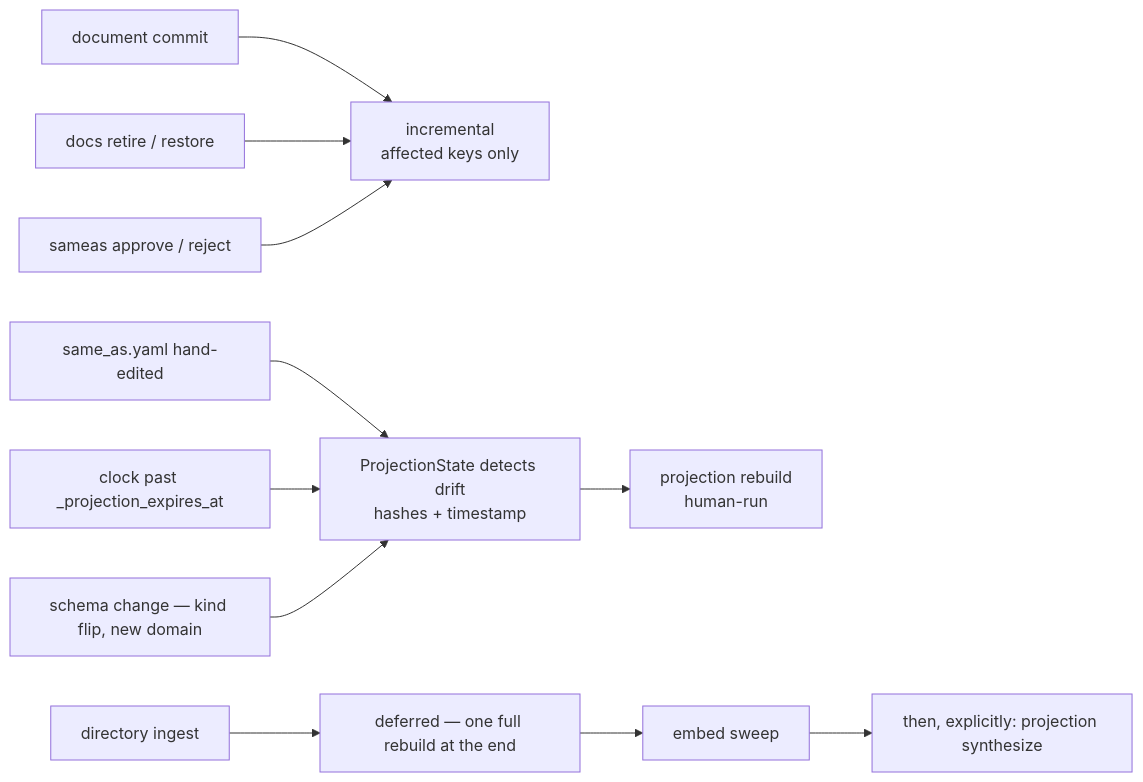
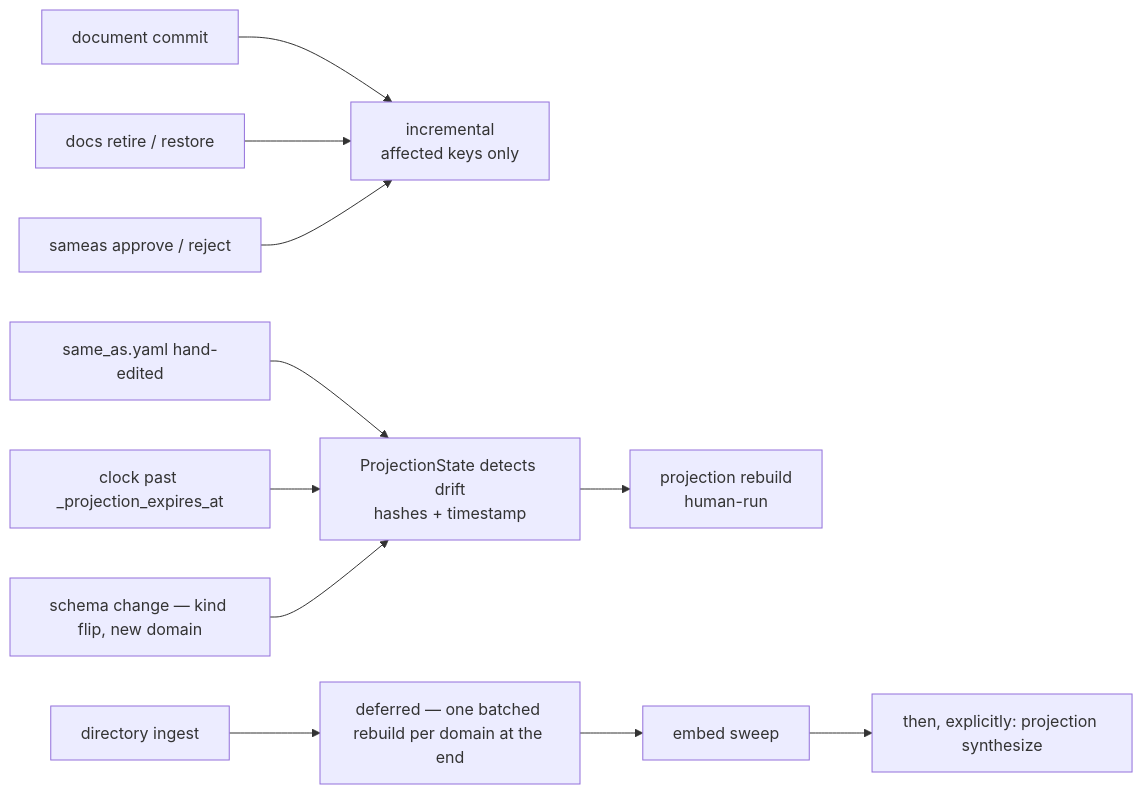
One commit to neurongraph/artmind9 changed the fourth of 4 diagrams in docs/projection-pipeline.md. Above: the diagram before and after it, drawn with Mermaid. The commit also changed other lines of this file and 5 other files, not shown here.

First line of the commit message:
docs: Neo4j memory settings, batched rebuild, finalize, projection rebuild --sweep

````diff
--- a/docs/projection-pipeline.md
+++ b/docs/projection-pipeline.md
@@ -213,12 +213,12 @@
 ```mermaid
 flowchart LR
     T1["document commit"] --> INC["incremental<br/>affected keys only"]
     T2["docs retire / restore"] --> INC
     T3["sameas approve / reject"] --> INC
     T4["same_as.yaml hand-edited"] --> DETECT
     T5["clock past _projection_expires_at"] --> DETECT
     T6["schema change — kind flip, new domain"] --> DETECT
     DETECT["ProjectionState detects drift<br/>hashes + timestamp"] --> FULL["projection rebuild<br/>human-run"]
-    T7["directory ingest"] --> DEFER["deferred — one full rebuild at the end"]
+    T7["directory ingest"] --> DEFER["deferred — one batched rebuild per domain at the end"]
     DEFER --> SW["embed sweep"] --> SY["then, explicitly: projection synthesize"]
 ```
````
